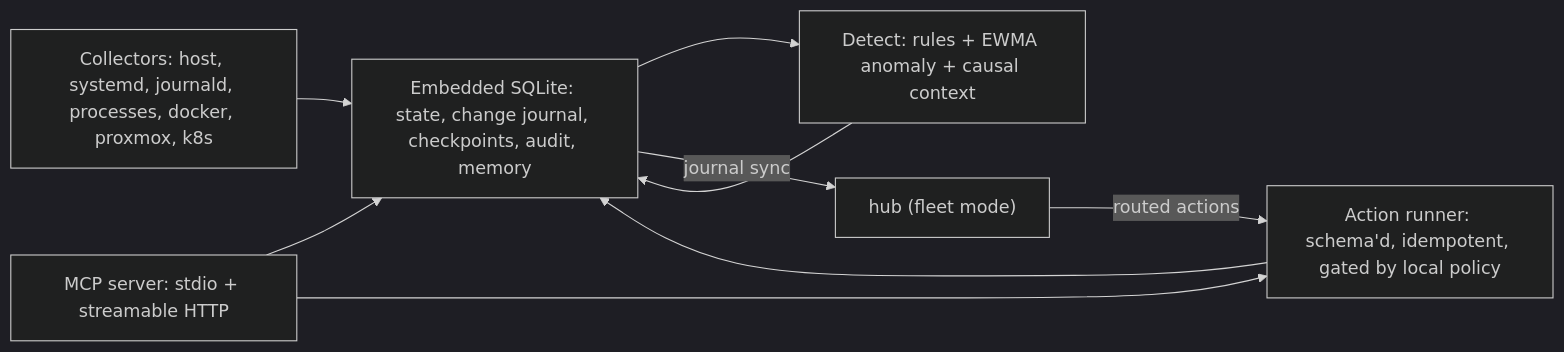
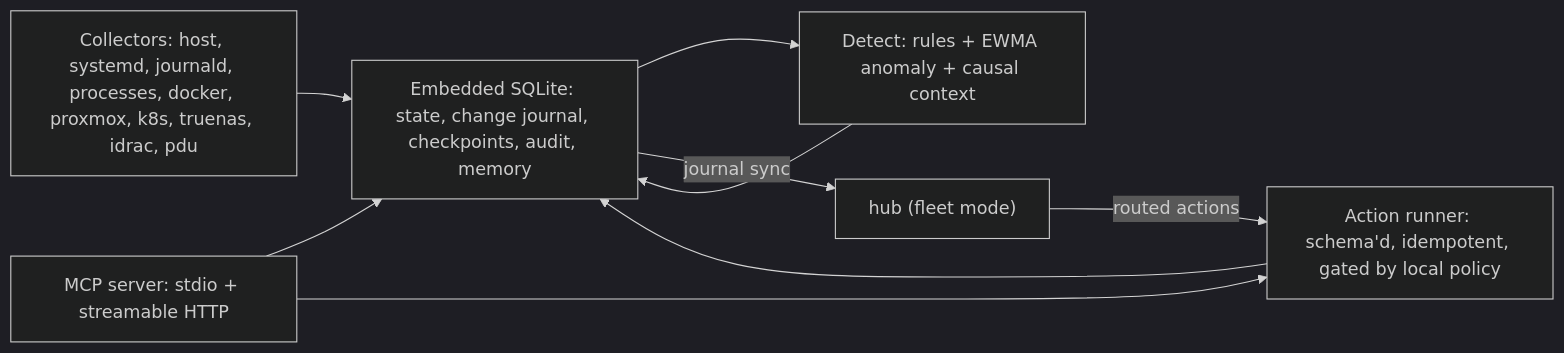
One commit to DataKnifeAI/pulseblade changed the second of 2 diagrams in docs/ARCHITECTURE.md. Above: the diagram before and after it, drawn with Mermaid (dark theme). The commit also changed other lines of this file and 21 other files, not shown here.

````diff
--- a/docs/ARCHITECTURE.md
+++ b/docs/ARCHITECTURE.md
@@ -49,11 +49,11 @@
 ```mermaid
 flowchart LR
-  Collectors["Collectors: host, systemd, journald, processes, docker, proxmox, k8s"] --> Store["Embedded SQLite: state, change journal, checkpoints, audit, memory"]
+  Collectors["Collectors: host, systemd, journald, processes, docker, proxmox, k8s, truenas, idrac, pdu"] --> Store["Embedded SQLite: state, change journal, checkpoints, audit, memory"]
   Store --> Detect["Detect: rules + EWMA anomaly + causal context"]
   Detect --> Store
   Act["Action runner: schema'd, idempotent, gated by local policy"] --> Store
   NodeMcp["MCP server: stdio + streamable HTTP"] --> Store
   NodeMcp --> Act
   Store -->|"journal sync"| HubOut["hub (fleet mode)"]
   HubOut -->|"routed actions"| Act
 ```
````
